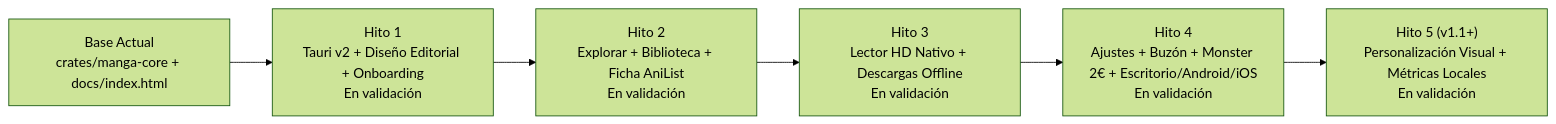
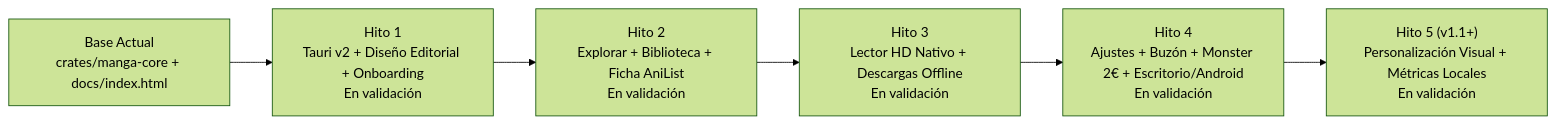
The diagram in MANGORA_ROADMAP.md (tomahawk1103/manga-tui), drawn with Mermaid (forest theme) before and after one commit. The commit also changed other lines of this file and 35 other files, not shown here.

````diff
--- a/MANGORA_ROADMAP.md
+++ b/MANGORA_ROADMAP.md
@@ -12,11 +12,11 @@
 ```mermaid
 flowchart LR
     Base["Base Actual<br/>crates/manga-core + docs/index.html"]
     H1["Hito 1<br/>Tauri v2 + Diseño Editorial + Onboarding<br/>En validación"]
     H2["Hito 2<br/>Explorar + Biblioteca + Ficha AniList<br/>En validación"]
     H3["Hito 3<br/>Lector HD Nativo + Descargas Offline<br/>En validación"]
-    H4["Hito 4<br/>Ajustes + Buzón + Monster 2€ + Escritorio/Android/iOS<br/>En validación"]
+    H4["Hito 4<br/>Ajustes + Buzón + Monster 2€ + Escritorio/Android<br/>En validación"]
     H5["Hito 5 (v1.1+)<br/>Personalización Visual + Métricas Locales<br/>En validación"]
 
     Base --> H1 --> H2 --> H3 --> H4 --> H5
 ```
````
